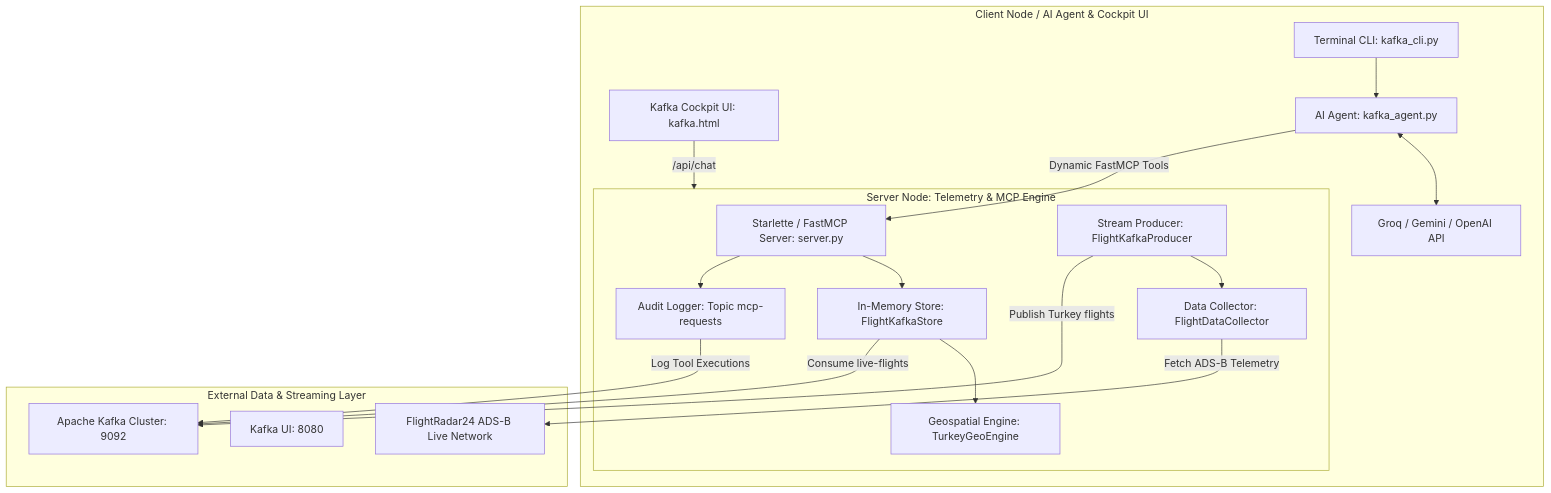
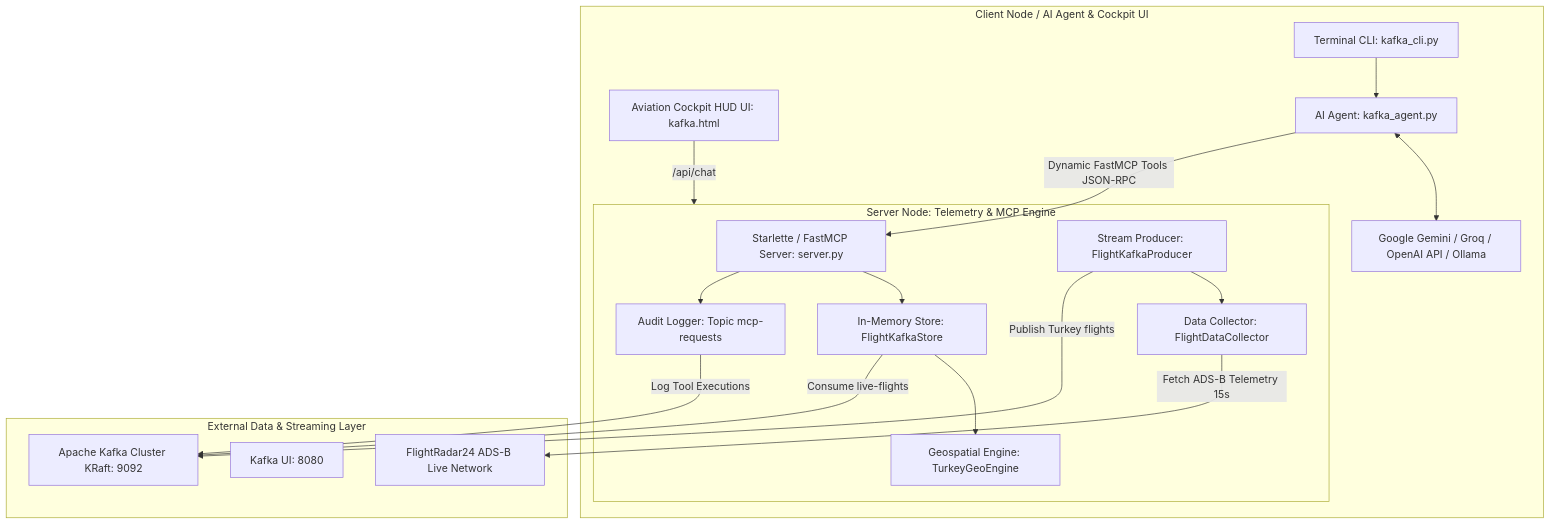
One commit to ocandir22/Semalar changed the diagram in README.md. Above: the diagram before and after it, drawn with Mermaid. The commit also changed other lines of this file and 3 other files, not shown here.

````diff
--- a/README.md
+++ b/README.md
@@ -27,39 +27,39 @@
 ```mermaid
 graph TD
     subgraph ClientNode [Client Node / AI Agent & Cockpit UI]
         CLI[Terminal CLI: kafka_cli.py]
-        WebKafka[Kafka Cockpit UI: kafka.html]
+        WebCockpit[Aviation Cockpit HUD UI: kafka.html]
         Agent[AI Agent: kafka_agent.py]
-        LLM[Groq / Gemini / OpenAI API]
+        LLM[Google Gemini / Groq / OpenAI API / Ollama]
         
         Agent <--> LLM
         CLI --> Agent
-        WebKafka -->|/api/chat| ServerNode
+        WebCockpit -->|/api/chat| ServerNode
     end
 
     subgraph ServerNode [Server Node: Telemetry & MCP Engine]
         Server[Starlette / FastMCP Server: server.py]
         KStore[In-Memory Store: FlightKafkaStore]
         GeoEngine[Geospatial Engine: TurkeyGeoEngine]
         Producer[Stream Producer: FlightKafkaProducer]
         Collector[Data Collector: FlightDataCollector]
         Audit[Audit Logger: Topic mcp-requests]
         
         Server --> KStore
         Server --> Audit
         KStore --> GeoEngine
         Producer --> Collector
     end
 
     subgraph ExternalServices [External Data & Streaming Layer]
-        Kafka[Apache Kafka Cluster: 9092]
+        Kafka[Apache Kafka Cluster KRaft: 9092]
         KafkaUI[Kafka UI: 8080]
         FR24[FlightRadar24 ADS-B Live Network]
     end
 
-    Agent -->|Dynamic FastMCP Tools| Server
+    Agent -->|Dynamic FastMCP Tools JSON-RPC| Server
     Producer -->|Publish Turkey flights| Kafka
     KStore -->|Consume live-flights| Kafka
-    Collector -->|Fetch ADS-B Telemetry| FR24
+    Collector -->|Fetch ADS-B Telemetry 15s| FR24
     Audit -->|Log Tool Executions| Kafka
 ```
````
